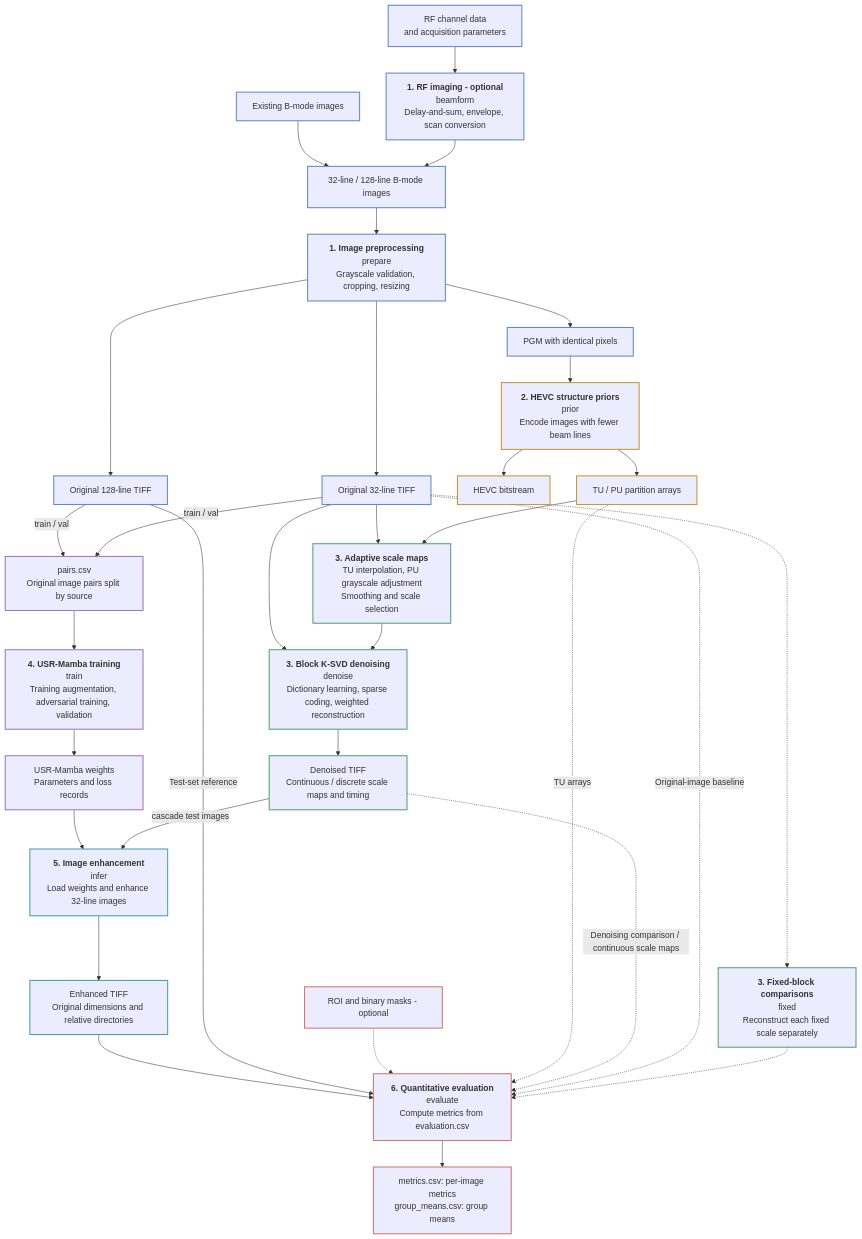
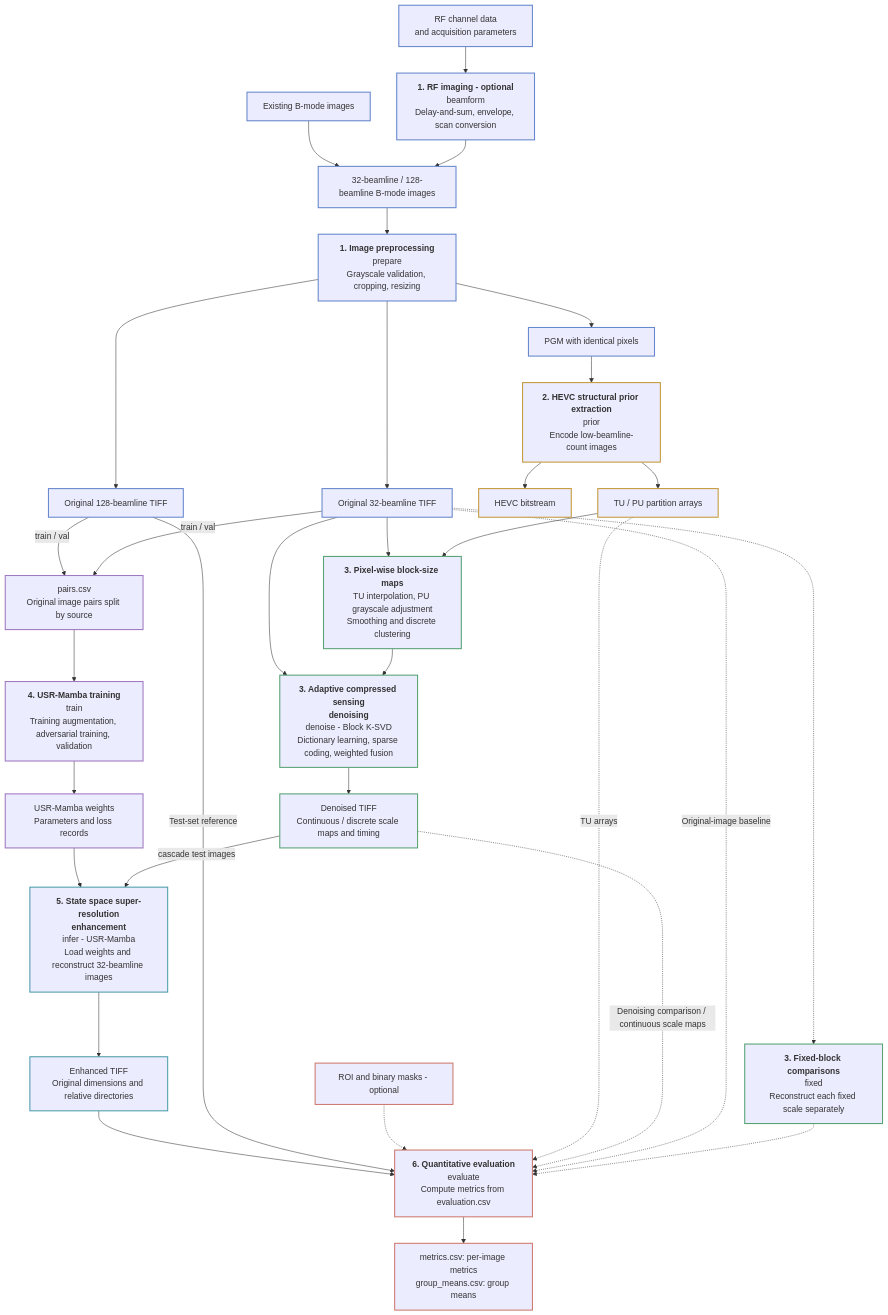
The first of 7 diagrams in README.md (LumaVistaLab/hevc-ksvd-mamba-for-ultrasound), drawn with Mermaid before and after one commit. The commit also changed other lines of this file and 2 other files, not shown here.

````diff
--- a/README.md
+++ b/README.md
@@ -13,51 +13,51 @@
 ```mermaid
 flowchart TD
     %% Keep stage titles in regular nodes so cross-stage edges do not cross subgraph titles or borders.
     RF["RF channel data<br/>and acquisition parameters"] --> BF["<b>1. RF imaging - optional</b><br/>beamform<br/>Delay-and-sum, envelope, scan conversion"]
-    BF --> BM["32-line / 128-line B-mode images"]
+    BF --> BM["32-beamline / 128-beamline B-mode images"]
     Existing["Existing B-mode images"] --> BM
     BM --> Prep["<b>1. Image preprocessing</b><br/>prepare<br/>Grayscale validation, cropping, resizing"]
-    Prep --> Low["Original 32-line TIFF"]
-    Prep --> High["Original 128-line TIFF"]
+    Prep --> Low["Original 32-beamline TIFF"]
+    Prep --> High["Original 128-beamline TIFF"]
     Prep --> PGM["PGM with identical pixels"]
 
-    PGM --> HEVC["<b>2. HEVC structure priors</b><br/>prior<br/>Encode images with fewer beam lines"]
+    PGM --> HEVC["<b>2. HEVC structural prior extraction</b><br/>prior<br/>Encode low-beamline-count images"]
     HEVC --> Stream["HEVC bitstream"]
     HEVC --> Blocks["TU / PU partition arrays"]
-    Blocks --> Maps["<b>3. Adaptive scale maps</b><br/>TU interpolation, PU grayscale adjustment<br/>Smoothing and scale selection"]
+    Blocks --> Maps["<b>3. Pixel-wise block-size maps</b><br/>TU interpolation, PU grayscale adjustment<br/>Smoothing and discrete clustering"]
     Low --> Maps
-    Maps --> KSVD["<b>3. Block K-SVD denoising</b><br/>denoise<br/>Dictionary learning, sparse coding, weighted reconstruction"]
+    Maps --> KSVD["<b>3. Adaptive compressed sensing<br/>denoising</b><br/>denoise - Block K-SVD<br/>Dictionary learning, sparse coding, weighted fusion"]
     Low --> KSVD
     KSVD --> Denoised["Denoised TIFF<br/>Continuous / discrete scale maps and timing"]
 
     Low -->|train / val| Pairs["pairs.csv<br/>Original image pairs split by source"]
     High -->|train / val| Pairs
     Pairs --> Train["<b>4. USR-Mamba training</b><br/>train<br/>Training augmentation, adversarial training, validation"]
     Train --> Weights["USR-Mamba weights<br/>Parameters and loss records"]
-    Denoised -->|cascade test images| Infer["<b>5. Image enhancement</b><br/>infer<br/>Load weights and enhance 32-line images"]
+    Denoised -->|cascade test images| Infer["<b>5. State space super-resolution<br/>enhancement</b><br/>infer - USR-Mamba<br/>Load weights and reconstruct 32-beamline images"]
     Weights --> Infer
     Infer --> Enhanced["Enhanced TIFF<br/>Original dimensions and relative directories"]
 
     Low -.-> Fixed["<b>3. Fixed-block comparisons</b><br/>fixed<br/>Reconstruct each fixed scale separately"]
     Fixed -.-> Eval["<b>6. Quantitative evaluation</b><br/>evaluate<br/>Compute metrics from evaluation.csv"]
     Low -.->|Original-image baseline| Eval
     Denoised -.->|Denoising comparison / continuous scale maps| Eval
     Blocks -.->|TU arrays| Eval
     Annotations["ROI and binary masks - optional"] -.-> Eval
     High -->|Test-set reference| Eval
     Enhanced --> Eval
     Eval --> Reports["metrics.csv: per-image metrics<br/>group_means.csv: group means"]
 
     classDef imaging stroke:#6688cc,stroke-width:2px;
     classDef structure stroke:#c49a3a,stroke-width:2px;
     classDef denoising stroke:#57a373,stroke-width:2px;
     classDef training stroke:#a079c2,stroke-width:2px;
     classDef inference stroke:#4c9eaa,stroke-width:2px;
     classDef metrics stroke:#cf7a70,stroke-width:2px;
     class RF,BF,BM,Existing,Prep,Low,High,PGM imaging;
     class HEVC,Stream,Blocks structure;
     class Maps,KSVD,Denoised,Fixed denoising;
     class Pairs,Train,Weights training;
     class Infer,Enhanced inference;
     class Annotations,Eval,Reports metrics;
 ```
````
